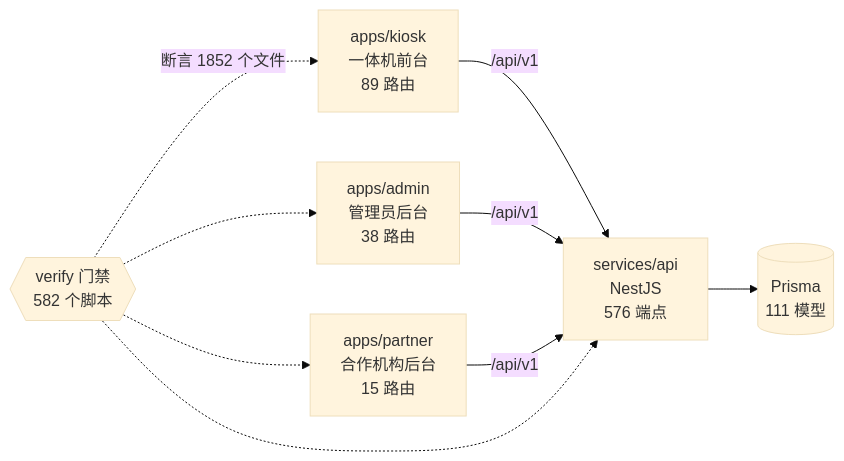
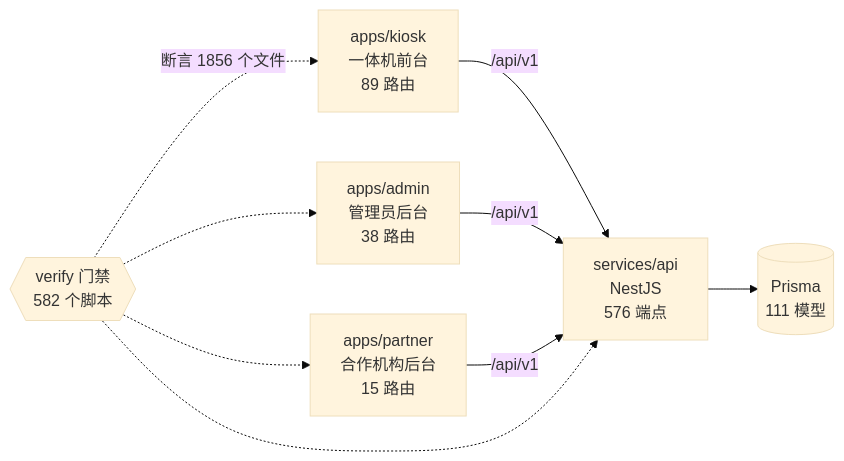
One commit to wanglei581/YITIJI changed the diagram in docs/graph/README.md. Above: the diagram before and after it, drawn with Mermaid (base theme). The commit also changed other lines of this file and 3 other files, not shown here.

First line of the commit message:
chore(graph): C 路第一波后重生图谱

````diff
--- a/docs/graph/README.md
+++ b/docs/graph/README.md
@@ -68,18 +68,18 @@
 ```mermaid
 flowchart LR
   kiosk["apps/kiosk<br/>一体机前台<br/>89 路由"]
   admin["apps/admin<br/>管理员后台<br/>38 路由"]
   partner["apps/partner<br/>合作机构后台<br/>15 路由"]
   api["services/api<br/>NestJS<br/>576 端点"]
   db[("Prisma<br/>111 模型")]
   gates{{"verify 门禁<br/>582 个脚本"}}
 
   kiosk -->|"/api/v1"| api
   admin -->|"/api/v1"| api
   partner -->|"/api/v1"| api
   api --> db
-  gates -.->|"断言 1852 个文件"| kiosk
+  gates -.->|"断言 1856 个文件"| kiosk
   gates -.-> admin
   gates -.-> partner
   gates -.-> api
 ```
````
